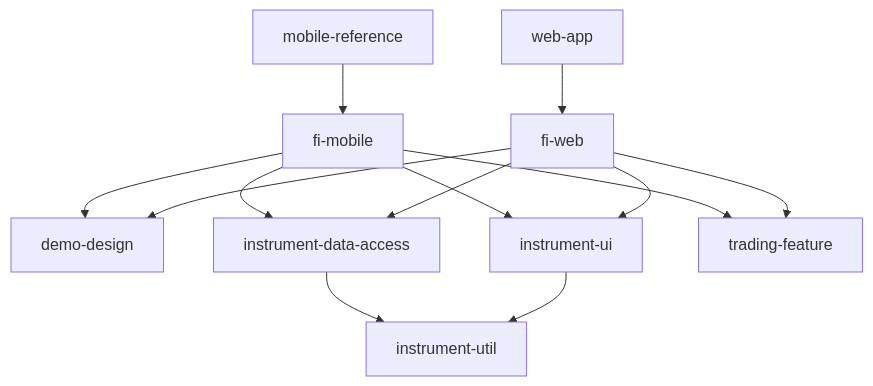
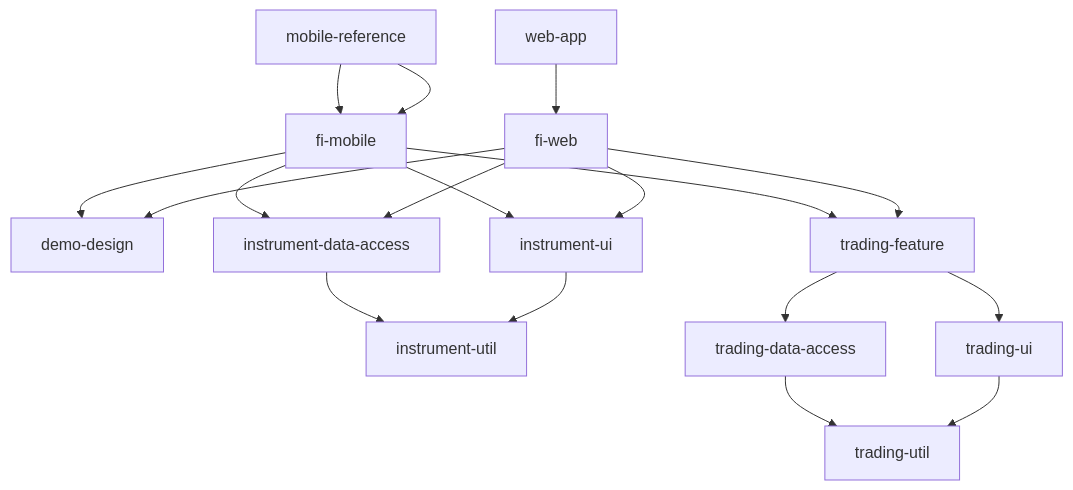
The diagram in docs/validation/a3-project-graph.md (huyle93/angular-ngrx-signals-state-management), drawn with Mermaid before and after one commit. The commit also changed other lines of this file and 69 other files, not shown here.

````diff
--- a/docs/validation/a3-project-graph.md
+++ b/docs/validation/a3-project-graph.md
@@ -5,24 +5,32 @@
 ```mermaid
 flowchart TD
   demo-design["demo-design"]
   fi-mobile["fi-mobile"]
   fi-web["fi-web"]
   instrument-data-access["instrument-data-access"]
   instrument-ui["instrument-ui"]
   instrument-util["instrument-util"]
   mobile-reference["mobile-reference"]
+  trading-data-access["trading-data-access"]
   trading-feature["trading-feature"]
+  trading-ui["trading-ui"]
+  trading-util["trading-util"]
   web-app["web-app"]
   fi-mobile --> instrument-data-access
   fi-mobile --> instrument-ui
   fi-mobile --> trading-feature
   fi-mobile --> demo-design
   fi-web --> instrument-data-access
   fi-web --> instrument-ui
   fi-web --> trading-feature
   fi-web --> demo-design
   instrument-data-access --> instrument-util
   instrument-ui --> instrument-util
   mobile-reference --> fi-mobile
+  mobile-reference --> fi-mobile
+  trading-data-access --> trading-util
+  trading-feature --> trading-data-access
+  trading-feature --> trading-ui
+  trading-ui --> trading-util
   web-app --> fi-web
 ```
````
